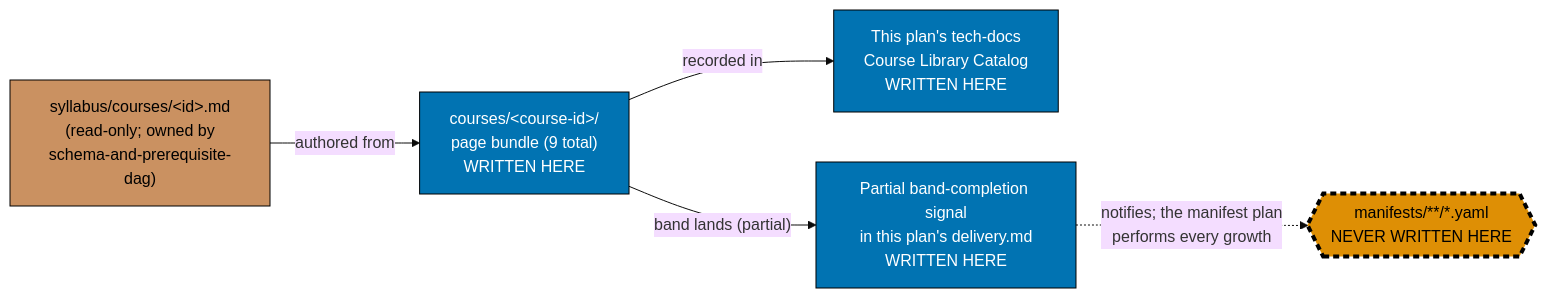
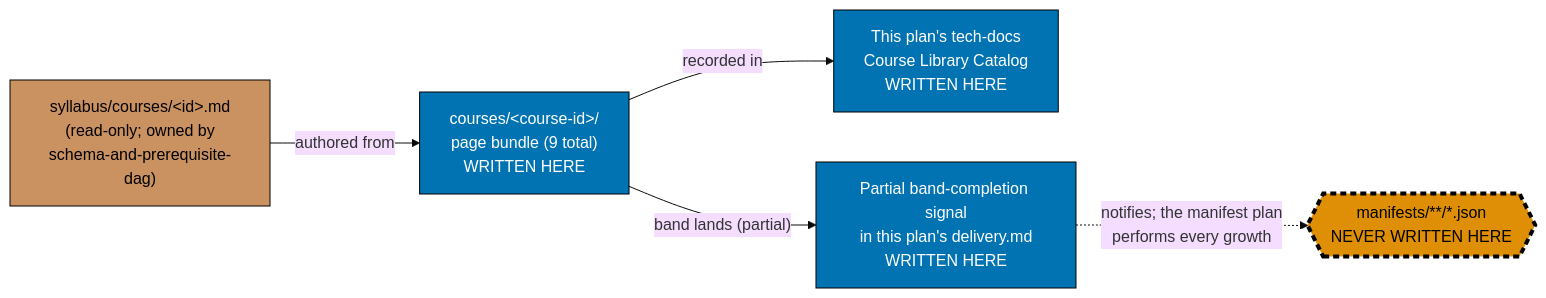
One commit to wahidyankf/open-sharia-fintech changed the first of 2 diagrams in plans/backlog/ayokoding-learning-path-10-course-authoring-jvm-and-build-your-own/tech-docs.md. Above: the diagram before and after it, drawn with Mermaid (base theme). The commit also changed other lines of this file and 70 other files, not shown here.

````diff
--- a/plans/backlog/ayokoding-learning-path-10-course-authoring-jvm-and-build-your-own/tech-docs.md
+++ b/plans/backlog/ayokoding-learning-path-10-course-authoring-jvm-and-build-your-own/tech-docs.md
@@ -52,20 +52,20 @@
 ```mermaid
 %% What this plan may write, and what it may only signal about.
 %% Node SHAPE encodes ownership: rectangle = written here, hexagon = written by the manifest plan.
 %% Edge STYLE encodes permission: solid = this plan writes it, dotted = signal only, never a write.
 flowchart LR
     SPEC["syllabus/courses/&lt;id&gt;.md<br/>(read-only; owned by<br/>schema-and-prerequisite-dag)"]:::readonly
     BODY["courses/&lt;course-id&gt;/<br/>page bundle (9 total)<br/>WRITTEN HERE"]:::owned
     CAT["This plan's tech-docs<br/>Course Library Catalog<br/>WRITTEN HERE"]:::owned
     SIG["Partial band-completion signal<br/>in this plan's delivery.md<br/>WRITTEN HERE"]:::owned
-    MAN{{"manifests/**/*.yaml<br/>NEVER WRITTEN HERE"}}:::forbidden
+    MAN{{"manifests/**/*.json<br/>NEVER WRITTEN HERE"}}:::forbidden
 
     SPEC -->|"authored from"| BODY
     BODY -->|"recorded in"| CAT
     BODY -->|"band lands (partial)"| SIG
     SIG -.->|"notifies; the manifest plan<br/>performs every growth"| MAN
 
     classDef owned fill:#0173B2,stroke:#000000,color:#FFFFFF
     classDef readonly fill:#CA9161,stroke:#000000,color:#000000
     classDef forbidden fill:#DE8F05,stroke:#000000,color:#000000,stroke-width:4px,stroke-dasharray: 6 4
 ```
````
